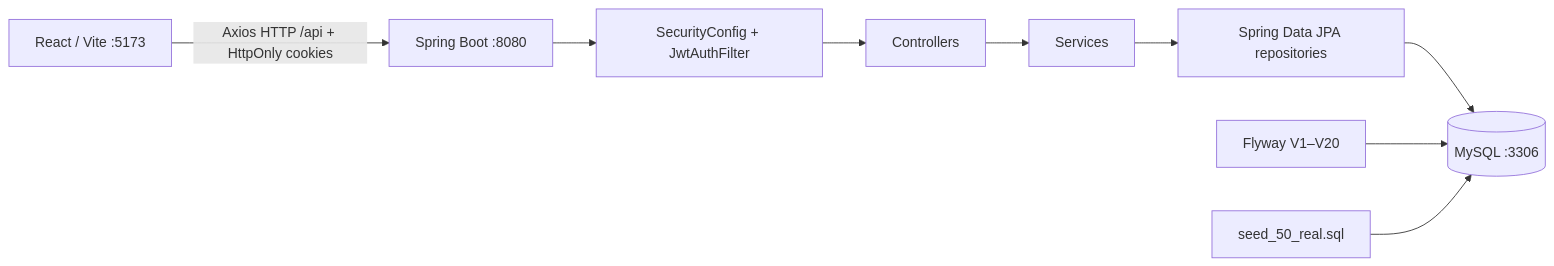
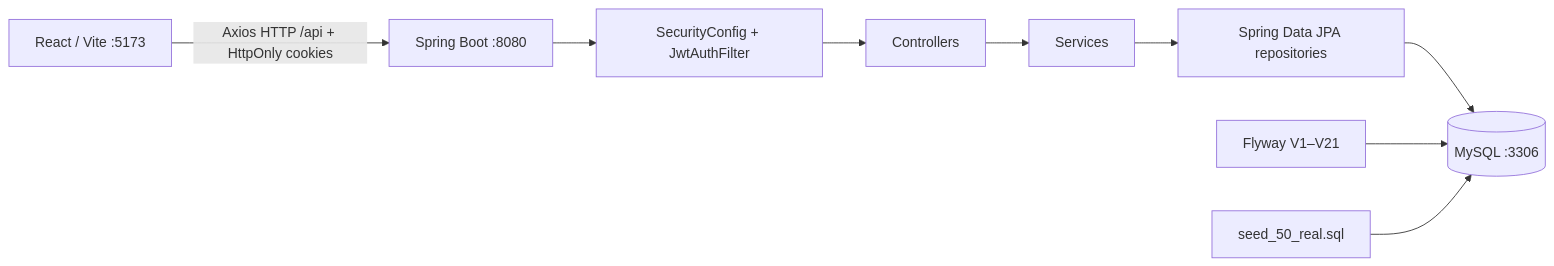
One commit to anton5267/rewind-letterboxd changed the diagram in PROJECT_MAP.md. Above: the diagram before and after it, drawn with Mermaid. The commit also changed other lines of this file and 12 other files, not shown here.

````diff
--- a/PROJECT_MAP.md
+++ b/PROJECT_MAP.md
@@ -11,11 +11,11 @@
 ```mermaid
 flowchart LR
     Browser[React / Vite :5173] -->|Axios HTTP /api + HttpOnly cookies| API[Spring Boot :8080]
     API --> Security[SecurityConfig + JwtAuthFilter]
     Security --> Controllers[Controllers]
     Controllers --> Services[Services]
     Services --> Repositories[Spring Data JPA repositories]
     Repositories --> MySQL[(MySQL :3306)]
-    Flyway[Flyway V1–V20] --> MySQL
+    Flyway[Flyway V1–V21] --> MySQL
     Seed[seed_50_real.sql] --> MySQL
 ```
````
